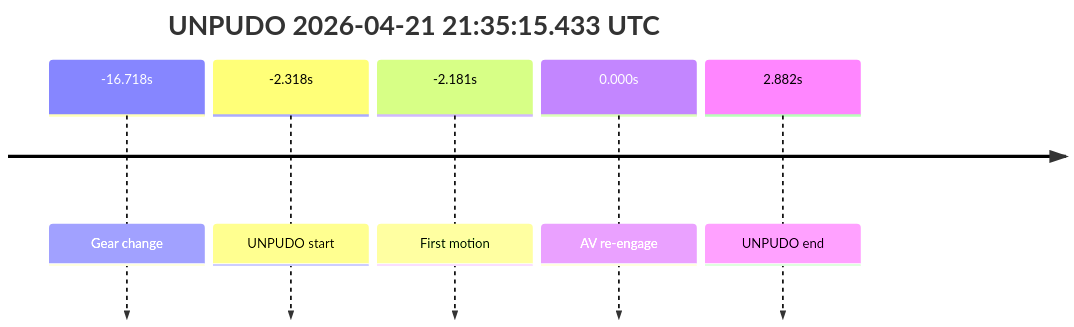
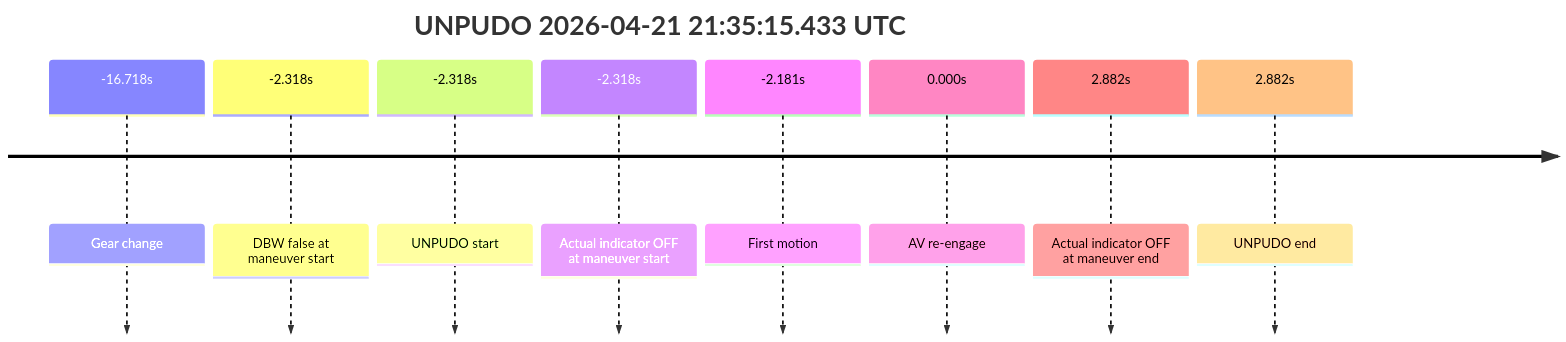
Before and after one commit to yoelshapiro/vault: the first of 5 diagrams in model_analysis/report_cards/2026/04/Week-4/fme20009--2026-04-21--20-53-31--gen2-av-c485ff0d-599e-495f-bee7-17c4a854ab52.md, drawn with Mermaid. The commit also changed other lines of this file and 4 other files, not shown here.

````diff
--- a/model_analysis/report_cards/2026/04/Week-4/fme20009--2026-04-21--20-53-31--gen2-av-c485ff0d-599e-495f-bee7-17c4a854ab52.md
+++ b/model_analysis/report_cards/2026/04/Week-4/fme20009--2026-04-21--20-53-31--gen2-av-c485ff0d-599e-495f-bee7-17c4a854ab52.md
@@ -35,9 +38,12 @@
 ```mermaid
 timeline
     title UNPUDO 2026-04-21 21:35:15.433 UTC
     -16.718s : Gear change
+    -2.318s : DBW false at maneuver start
     -2.318s : UNPUDO start
+    -2.318s : Actual indicator OFF at maneuver start
     -2.181s : First motion
     0.000s : AV re-engage
+    2.882s : Actual indicator OFF at maneuver end
     2.882s : UNPUDO end
 ```
````
